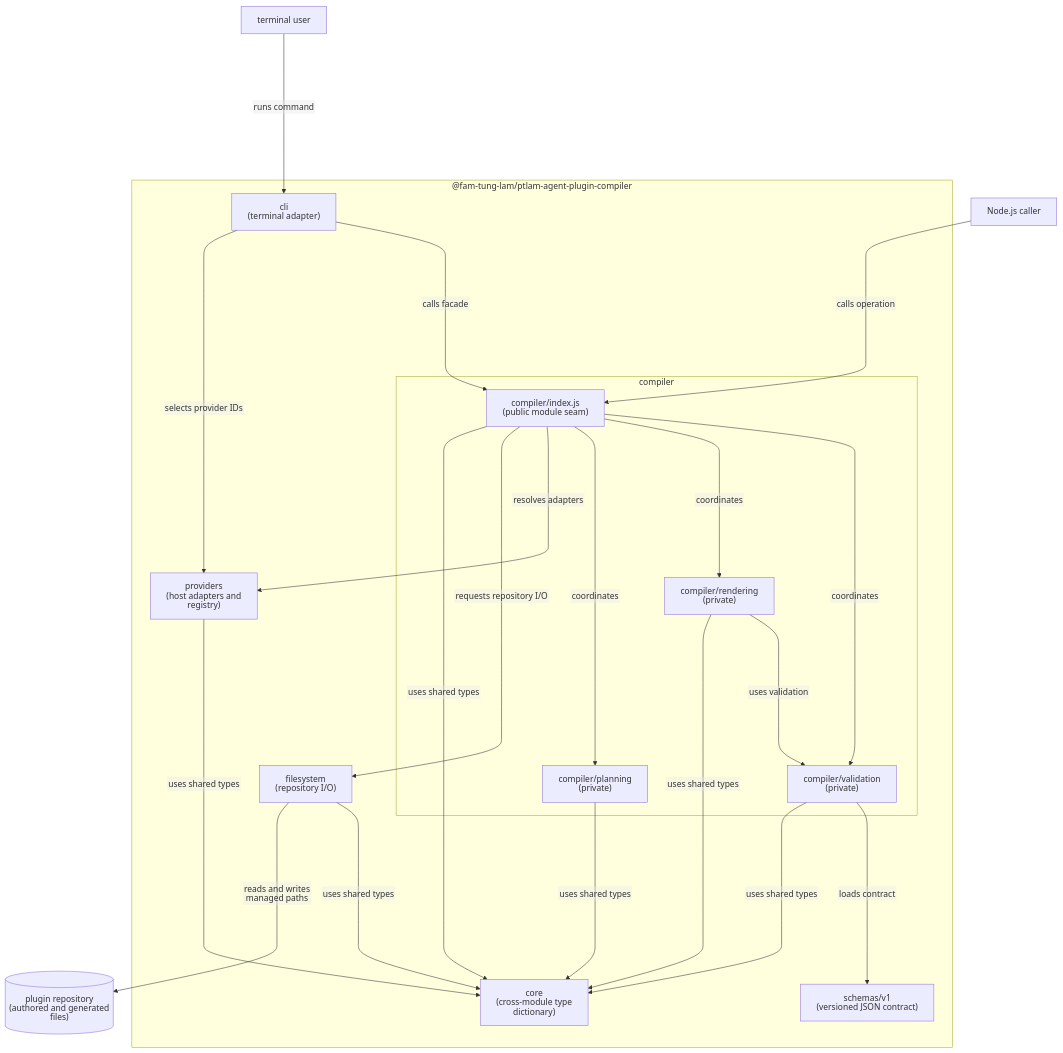
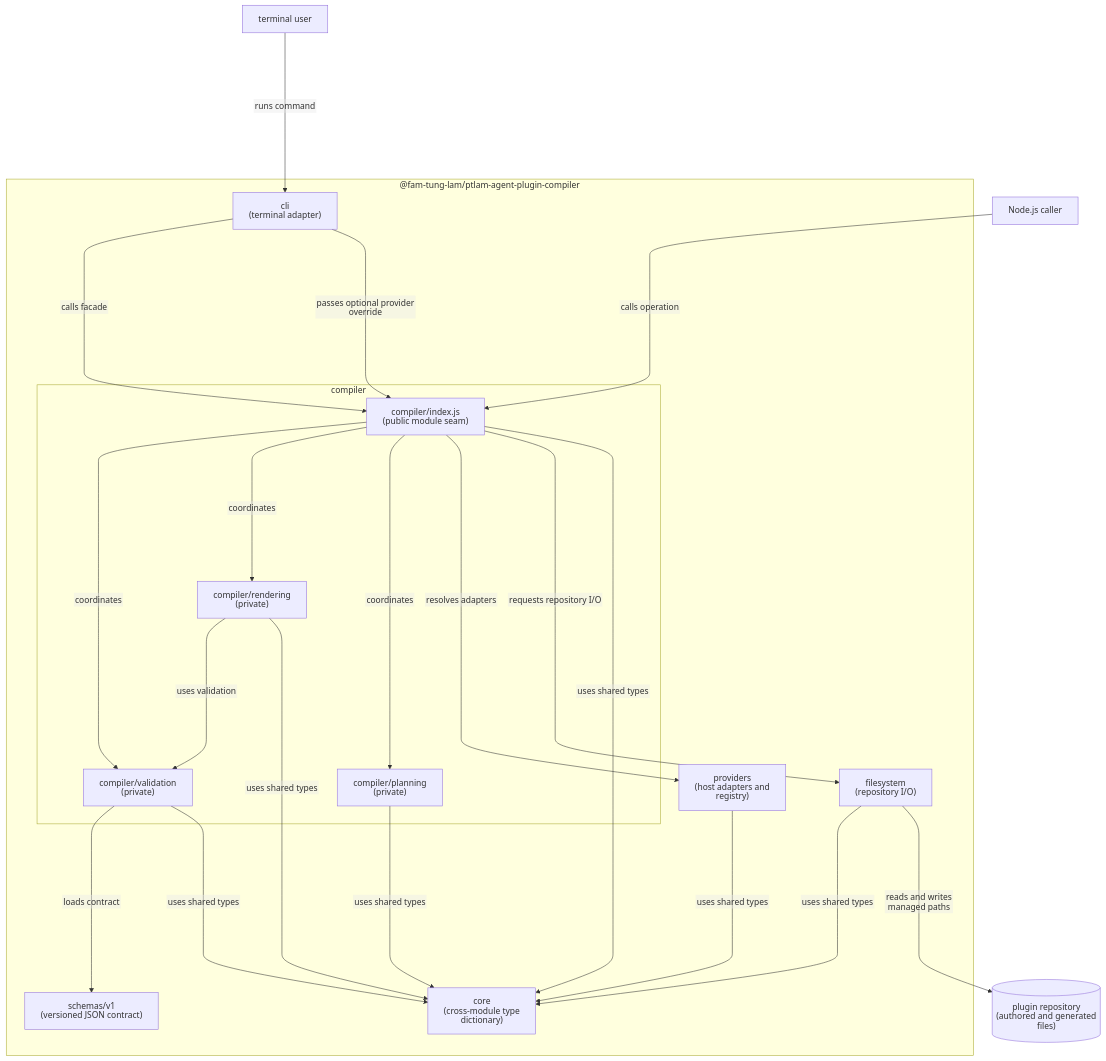
The first of 9 diagrams in docs/ARCHITECTURE.md (fam-tung-lam/ptlam-agent-plugin-compiler), drawn with Mermaid before and after one commit. The commit also changed other lines of this file and 51 other files, not shown here.

First line of the commit message:
feat(providers): use manifest provider defaults

````diff
--- a/docs/ARCHITECTURE.md
+++ b/docs/ARCHITECTURE.md
@@ -5,81 +5,81 @@
 ```mermaid
 ---
 config:
   htmlLabels: false
 ---
 flowchart TD
     TerminalUser["`terminal user`"]
     NodeJsCaller["`Node.js caller`"]
     PluginRepository[("`
         plugin repository
         (authored and generated files)
     `")]
 
     subgraph Package["`@fam-tung-lam/ptlam-agent-plugin-compiler`"]
         CommandLineInterface["`
             cli
             (terminal adapter)
         `"]
 
         subgraph CompilerModule["`compiler`"]
             CompilerFacade["`
                 compiler/index.js
                 (public module seam)
             `"]
 
             CompilerValidation["`
                 compiler/validation
                 (private)
             `"]
 
             CompilerRendering["`
                 compiler/rendering
                 (private)
             `"]
 
             CompilerPlanning["`
                 compiler/planning
                 (private)
             `"]
         end
 
         Providers["`
             providers
             (host adapters and registry)
         `"]
 
         Filesystem["`
             filesystem
             (repository I/O)
         `"]
 
         Core["`
             core
             (cross-module type dictionary)
         `"]
 
         Schemas["`
             schemas/v1
             (versioned JSON contract)
         `"]
     end
 
     TerminalUser ------>|"`runs command`"| CommandLineInterface
     NodeJsCaller ------>|"`calls operation`"| CompilerFacade
     CommandLineInterface ------>|"`calls facade`"| CompilerFacade
-    CommandLineInterface ------>|"`selects provider IDs`"| Providers
+    CommandLineInterface ------>|"`passes optional provider override`"| CompilerFacade
     CompilerFacade ------>|"`coordinates`"| CompilerValidation
     CompilerFacade ------>|"`coordinates`"| CompilerRendering
     CompilerFacade ------>|"`coordinates`"| CompilerPlanning
     CompilerFacade ------>|"`resolves adapters`"| Providers
     CompilerFacade ------>|"`requests repository I/O`"| Filesystem
     CompilerFacade ------>|"`uses shared types`"| Core
     CompilerValidation ------>|"`loads contract`"| Schemas
     CompilerValidation ------>|"`uses shared types`"| Core
     CompilerRendering ------>|"`uses validation`"| CompilerValidation
     CompilerRendering ------>|"`uses shared types`"| Core
     CompilerPlanning ------>|"`uses shared types`"| Core
     Providers ------>|"`uses shared types`"| Core
     Filesystem ------>|"`uses shared types`"| Core
     Filesystem ------>|"`reads and writes managed paths`"| PluginRepository
 ```
````
